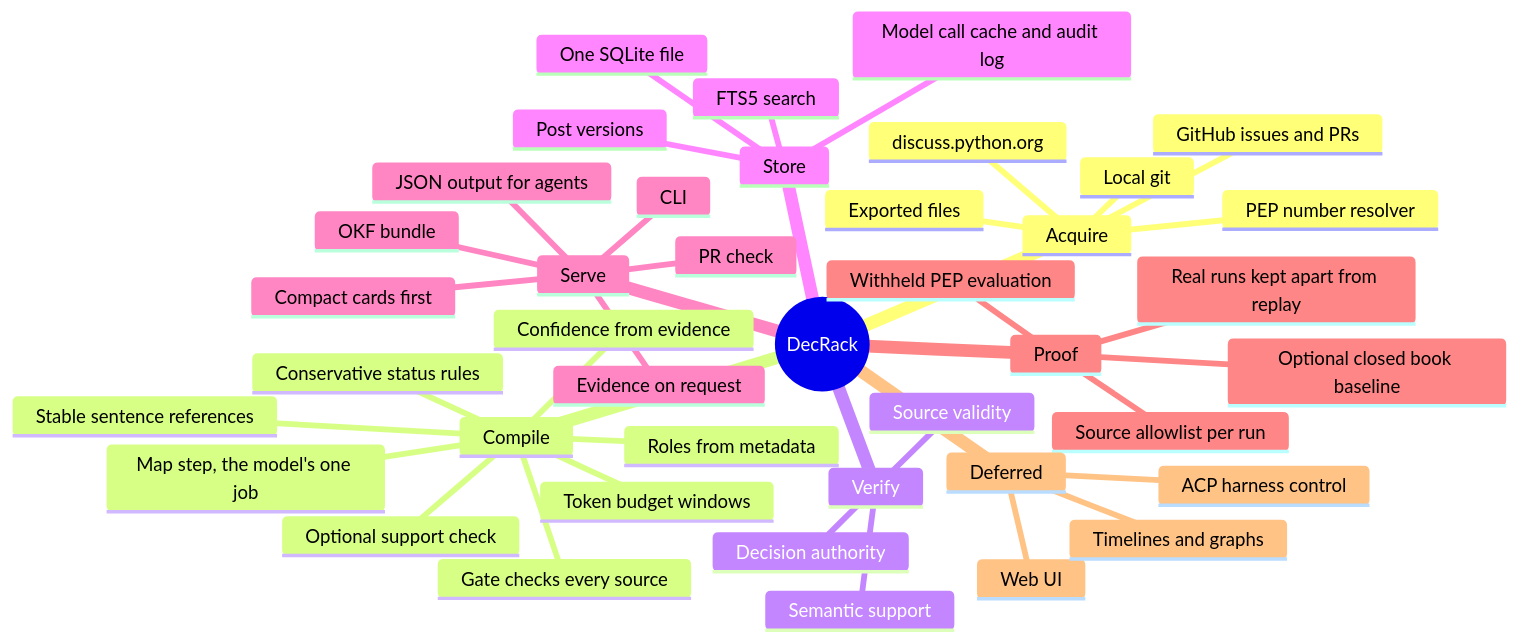
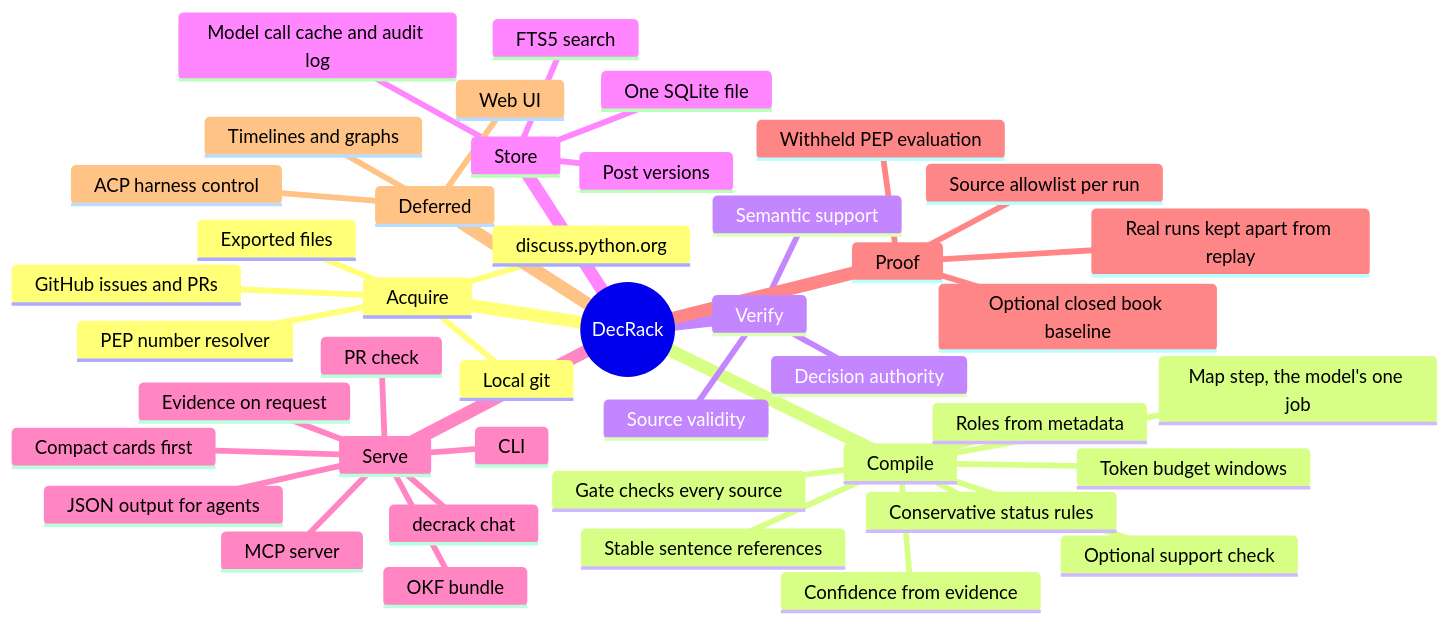
One commit to Madhav-GPT/DecRack changed the first of 9 diagrams in docs/ARCHITECTURE.md. Above: the diagram before and after it, drawn with Mermaid. The commit also changed other lines of this file and 19 other files, not shown here.

````diff
--- a/docs/ARCHITECTURE.md
+++ b/docs/ARCHITECTURE.md
@@ -37,44 +37,46 @@
 ```mermaid
 mindmap
   root((DecRack))
     Acquire
       PEP number resolver
       discuss.python.org
       GitHub issues and PRs
       Exported files
       Local git
     Compile
       Stable sentence references
       Roles from metadata
       Token budget windows
       Map step, the model's one job
       Gate checks every source
       Optional support check
       Conservative status rules
       Confidence from evidence
     Verify
       Source validity
       Semantic support
       Decision authority
     Store
       One SQLite file
       Post versions
       FTS5 search
       Model call cache and audit log
     Serve
       Compact cards first
       Evidence on request
+      decrack chat
+      MCP server
       JSON output for agents
       CLI
       OKF bundle
       PR check
     Proof
       Withheld PEP evaluation
       Source allowlist per run
       Optional closed book baseline
       Real runs kept apart from replay
     Deferred
       Web UI
       ACP harness control
       Timelines and graphs
 ```
````
